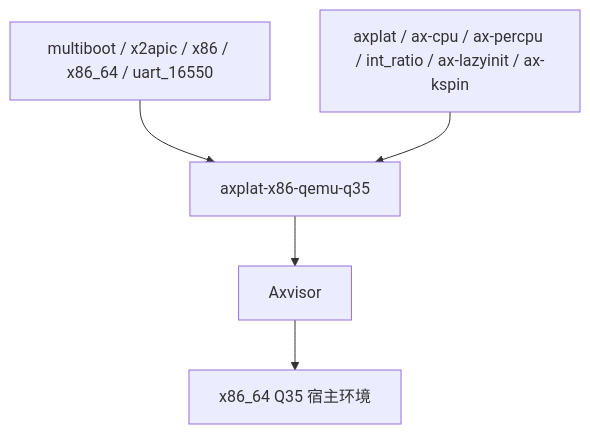
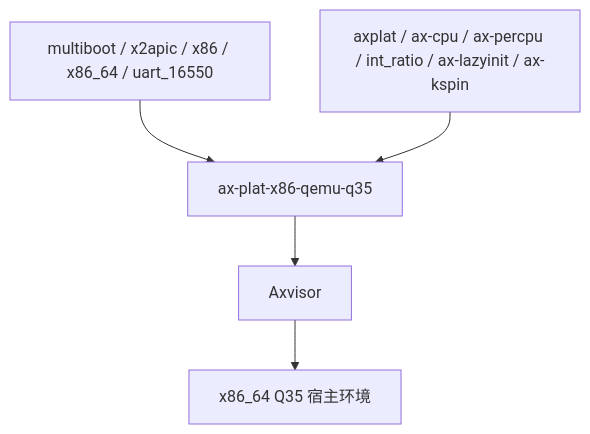
Before and after one commit to rcore-os/tgoskits: the second of 2 diagrams in docs/docs/components/crates/axplat-x86-qemu-q35.md, drawn with Mermaid. The commit also changed other lines of this file and 349 other files, not shown here.

First line of the commit message:
Implement platform-specific interrupt handling and setup for various architectures

````diff
--- a/docs/docs/components/crates/axplat-x86-qemu-q35.md
+++ b/docs/docs/components/crates/axplat-x86-qemu-q35.md
@@ -177,7 +177,7 @@
 ```mermaid
 graph TD
-    A[multiboot / x2apic / x86 / x86_64 / uart_16550] --> B[axplat-x86-qemu-q35]
+    A[multiboot / x2apic / x86 / x86_64 / uart_16550] --> B[ax-plat-x86-qemu-q35]
     C[axplat / ax-cpu / ax-percpu / int_ratio / ax-lazyinit / ax-kspin] --> B
     B --> D[Axvisor]
     D --> E[x86_64 Q35 宿主环境]
 ```
````
